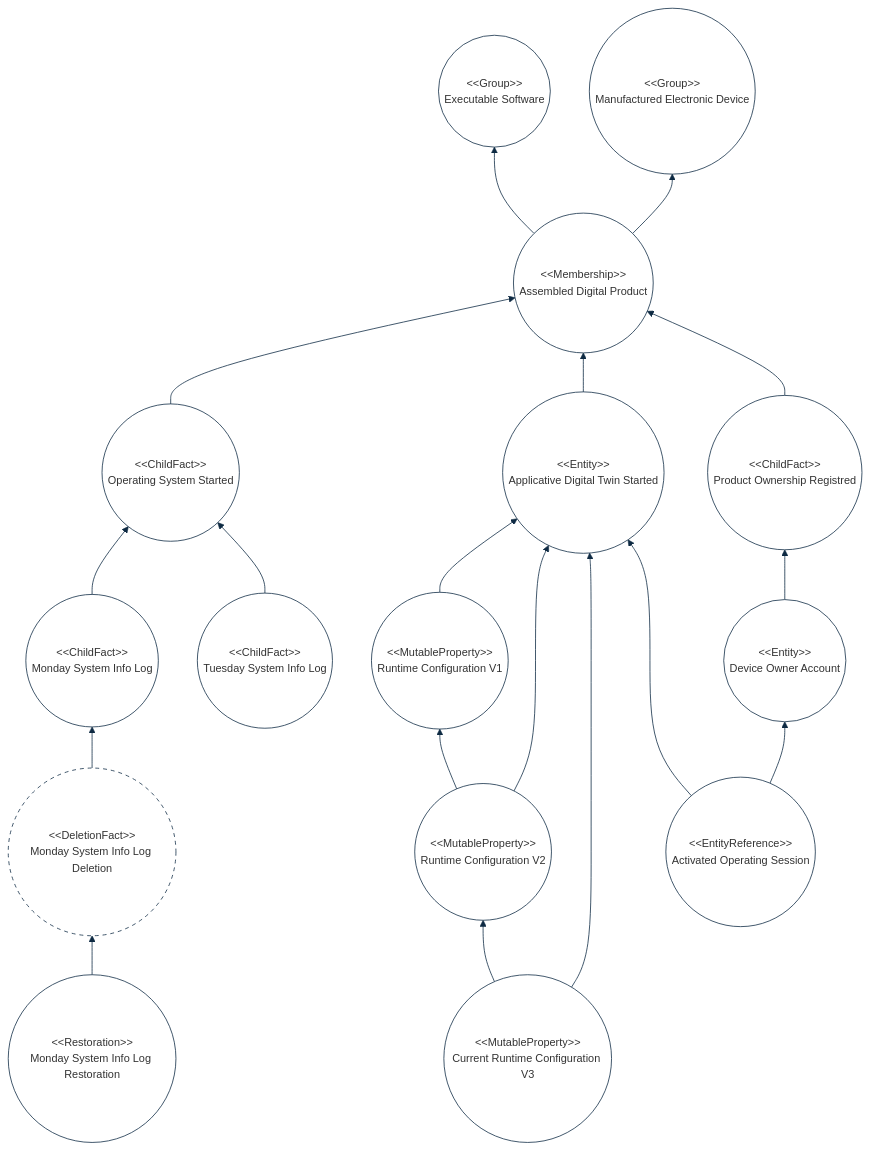
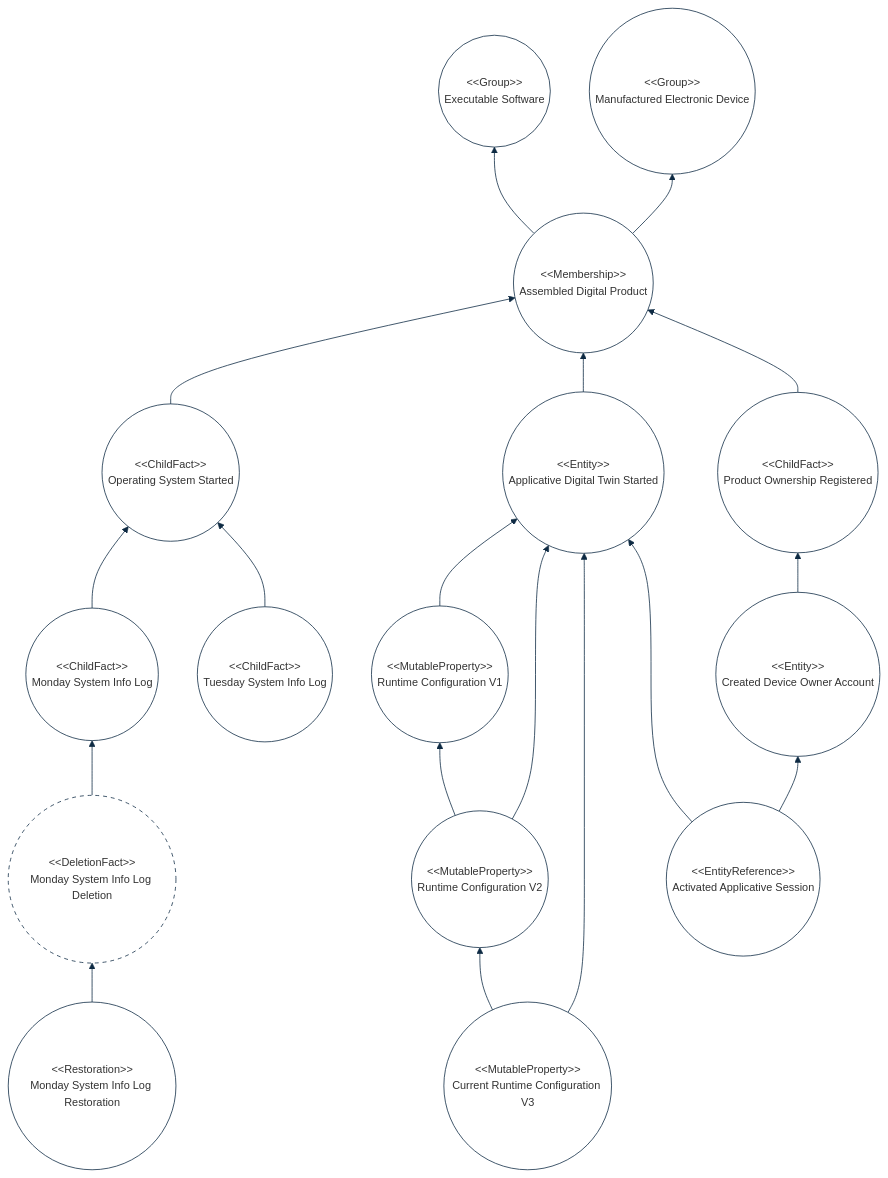
One commit to cybnity/foundation changed the second of 2 diagrams in implementations-line/framework/immutable/README.md. Above: the diagram before and after it, drawn with Mermaid.

````diff
--- a/implementations-line/framework/immutable/README.md
+++ b/implementations-line/framework/immutable/README.md
@@ -134,41 +134,41 @@
 ```mermaid
 %%{
   init: {
     'theme': 'base',
     'themeVariables': {
         'background': '#ffffff',
         'fontFamily': 'arial',
         'fontSize': '14px',
         'primaryColor': '#fff',
         'primaryBorderColor': '#0e2a43',
         'secondaryBorderColor': '#0e2a43',
         'tertiaryBorderColor': '#0e2a43',
         'edgeLabelBackground':'#0e2a43',
         'lineColor': '#0e2a43',
         'tertiaryColor': '#fff'
     }
   }
 }%%
 flowchart BT
     software(("#60;#60;Group#62;#62;<br/>Executable Software"))
     electronicdevice(("#60;#60;Group#62;#62;<br/>Manufactured Electronic Device"))
     system(("#60;#60;Membership#62;#62;<br/>Assembled Digital Product")) --> software
     system --> electronicdevice
     os(("#60;#60;ChildFact#62;#62;<br/>Operating System Started")) --> system
     application(("#60;#60;Entity#62;#62;<br/>Applicative Digital Twin Started")) --> system
     systemlog1(("#60;#60;ChildFact#62;#62;<br/>Monday System Info Log")) --> os
     systemlog2(("#60;#60;ChildFact#62;#62;<br/>Tuesday System Info Log")) --> os
     systemlog1deletion(("#60;#60;DeletionFact#62;#62;<br/>Monday System Info Log Deletion")) --> systemlog1
     style systemlog1deletion stroke-dasharray: 5 5
     systemlog1restoration(("#60;#60;Restoration#62;#62;<br/>Monday System Info Log Restoration")) --> systemlog1deletion
     runtimeconfig(("#60;#60;MutableProperty#62;#62;<br/>Runtime Configuration V1")) --> application
     runtimeconfig2(("#60;#60;MutableProperty#62;#62;<br/>Runtime Configuration V2")) --> application
     runtimeconfig2 --> runtimeconfig
     runtimeconfig3(("#60;#60;MutableProperty#62;#62;<br/>Current Runtime Configuration V3")) --> application
     runtimeconfig3 --> runtimeconfig2
-    purchasedDeviceRegistration(("#60;#60;ChildFact#62;#62;<br/>Product Ownership Registred")) --> system
-    deviceOwnerAccount(("#60;#60;Entity#62;#62;<br/>Device Owner Account")) --> purchasedDeviceRegistration
-    operatingSession(("#60;#60;EntityReference#62;#62;<br/>Activated Operating Session")) --> deviceOwnerAccount
+    purchasedDeviceRegistration(("#60;#60;ChildFact#62;#62;<br/>Product Ownership Registered")) --> system
+    deviceOwnerAccount(("#60;#60;Entity#62;#62;<br/>Created Device Owner Account")) --> purchasedDeviceRegistration
+    operatingSession(("#60;#60;EntityReference#62;#62;<br/>Activated Applicative Session")) --> deviceOwnerAccount
     operatingSession --> application
 
 ```
````
